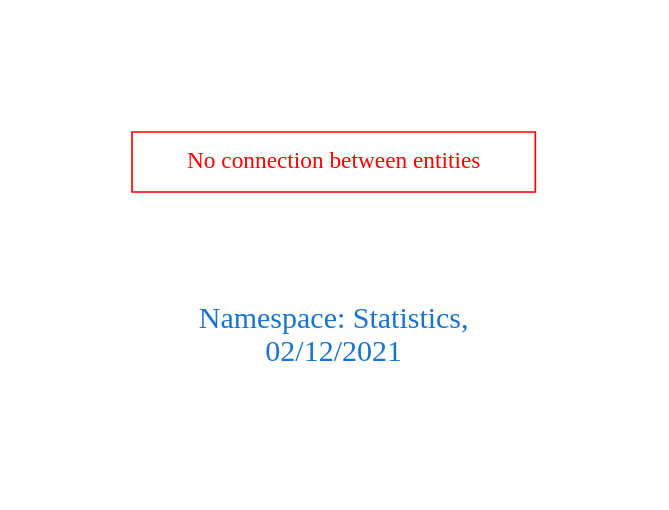
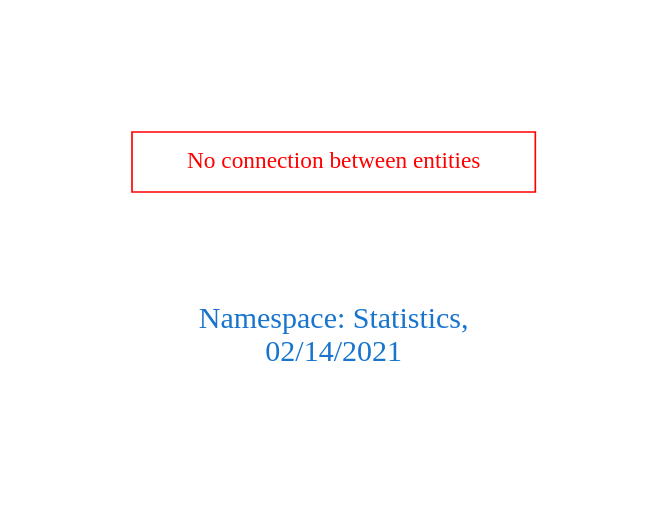
The diagram in downloads/Statistics.dot (arago/OGIT), drawn with Graphviz before and after one commit. The commit also changed 1844 other files, not shown here.

```diff
--- a/downloads/Statistics.dot
+++ b/downloads/Statistics.dot
@@ -1,9 +1,9 @@
 digraph OGIT_ontology {
  graph [ rankdir= LR,pad=1 
 fontsize = 18,
-fontcolor= dodgerblue3,label = "\n\n\nNamespace: Statistics, \n 02/12/2021"];
+fontcolor= dodgerblue3,label = "\n\n\nNamespace: Statistics, \n 02/14/2021"];
 node[shape=polygon];
 edge [  color="gray81"];
 
 "No connection between entities" [fontcolor = "red",color="red", shape="polygon"]
 }
```
